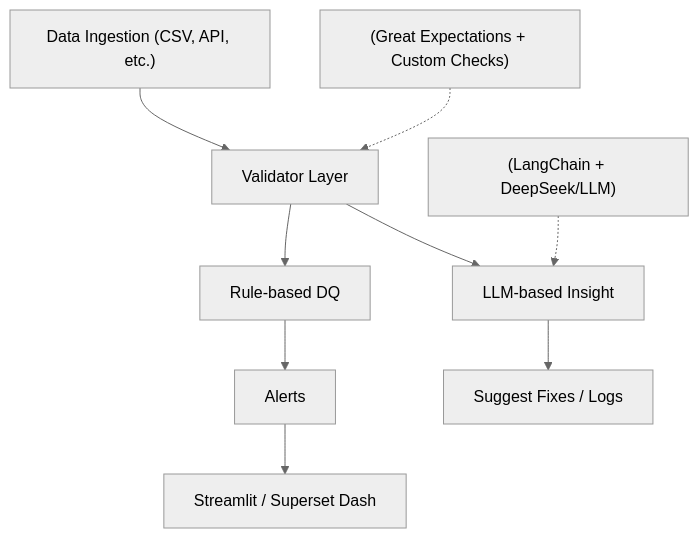
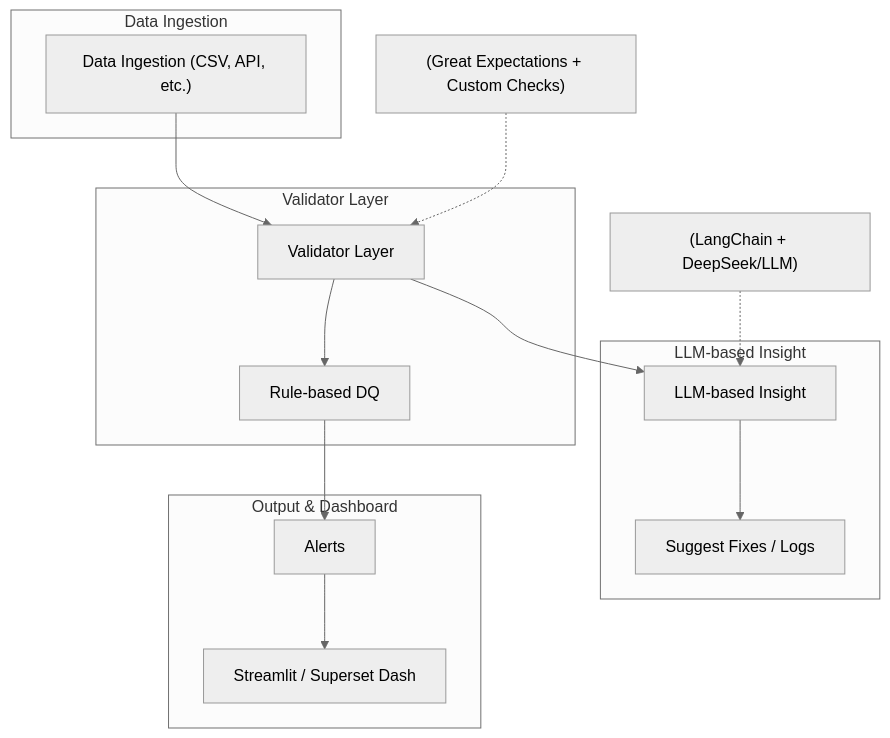
Before and after one commit to thuyvinhdinh175/AI-powered-data-quality-monitor: the diagram in README.md, drawn with Mermaid (neutral theme).

Commit message:
Add the mermaid diagram

````diff
--- a/README.md
+++ b/README.md
@@ -7,19 +7,35 @@
 ```mermaid
 flowchart TB
-    DataIngestion["Data Ingestion (CSV, API, etc.)"] --> ValidatorLayer
-    ValidatorLayer["Validator Layer"] --> RuleDQ
+    %% Subgraph: Data Ingestion
+    subgraph Ingestion["Data Ingestion"]
+        DataIngestion["Data Ingestion (CSV, API, etc.)"]
+    end
+
+    %% Subgraph: Validation Layer
+    subgraph Validation["Validator Layer"]
+        ValidatorLayer["Validator Layer"]
+        RuleDQ["Rule-based DQ"]
+        ValidatorLayer --> RuleDQ
+    end
+    DataIngestion --> ValidatorLayer
+
+    %% Subgraph: LLM Insight
+    subgraph LLM["LLM-based Insight"]
+        LLMInsight["LLM-based Insight"]
+        SuggestFixes["Suggest Fixes / Logs"]
+        LLMInsight --> SuggestFixes
+    end
     ValidatorLayer --> LLMInsight
-    
-    %% Add annotation for Validator Layer
+
+    %% Subgraph: Output / Dashboard
+    subgraph Output["Output & Dashboard"]
+        Alerts["Alerts"]
+        Dashboard["Streamlit / Superset Dash"]
+        RuleDQ --> Alerts
+        Alerts --> Dashboard
+    end
+
+    %% Annotations (non-styled notes)
     ValidatorNote["(Great Expectations + Custom Checks)"] -.-> ValidatorLayer
-    
-    RuleDQ["Rule-based DQ"] --> Alerts
-    LLMInsight["LLM-based Insight"] --> SuggestFixes
-    
-    %% Add annotation for LLM Insight
     LLMNote["(LangChain + DeepSeek/LLM)"] -.-> LLMInsight
-    
-    Alerts["Alerts"] --> Dashboard
-    SuggestFixes["Suggest Fixes / Logs"] 
-    Dashboard["Streamlit / Superset Dash"]
 ```
````
